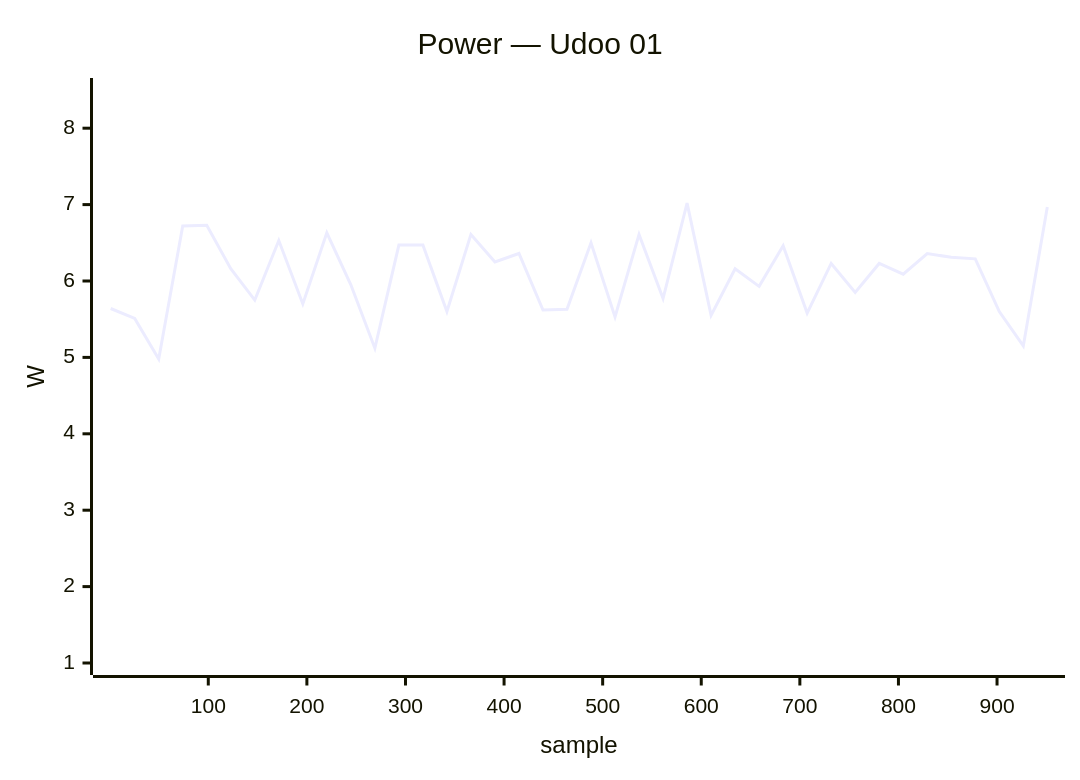
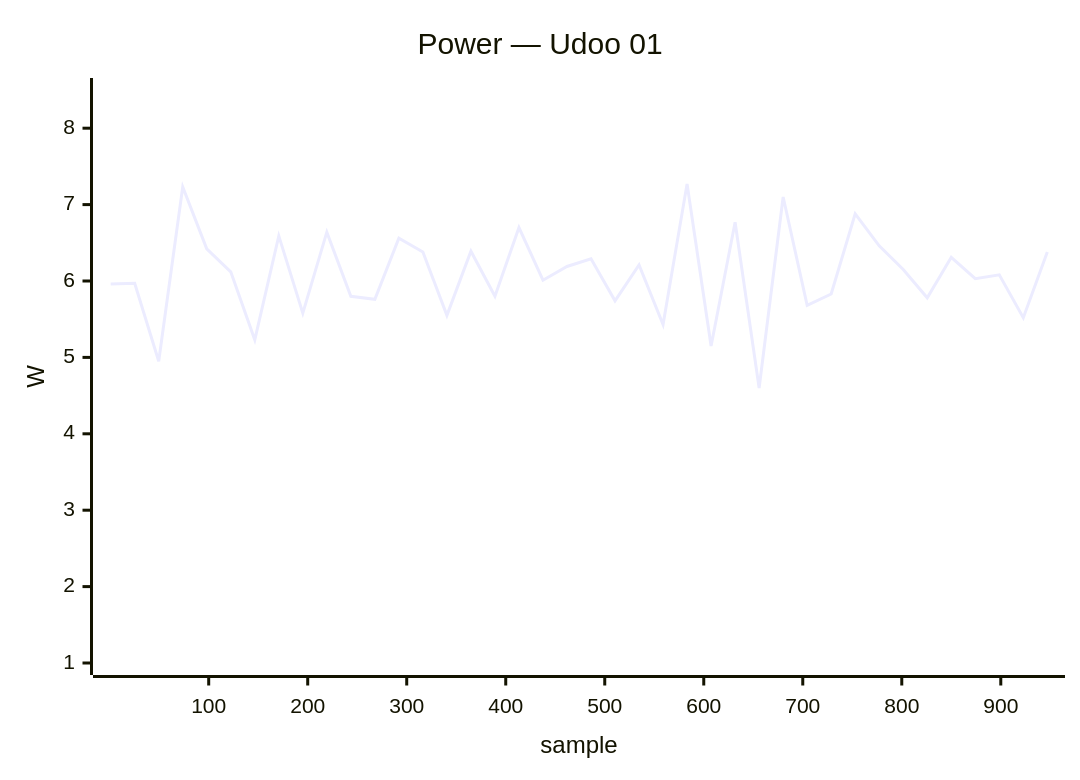
Before and after one commit to armbian/documentation: diagram 17 of 34 in docs/status/board-tests.md, drawn with Mermaid. The commit also changed other lines of this file, not shown here.

````diff
--- a/docs/status/board-tests.md
+++ b/docs/status/board-tests.md
@@ -806,7 +821,7 @@
 ```mermaid
 xychart-beta
     title "Power — Udoo 01"
-    x-axis "sample" 1 --> 951
+    x-axis "sample" 1 --> 947
     y-axis "W" 1.0 --> 8.5
-    line [5.64, 5.51, 4.98, 6.72, 6.73, 6.16, 5.75, 6.53, 5.70, 6.63, 5.95, 5.12, 6.47, 6.47, 5.60, 6.61, 6.25, 6.36, 5.62, 5.63, 6.50, 5.53, 6.61, 5.77, 7.02, 5.55, 6.16, 5.93, 6.46, 5.58, 6.23, 5.85, 6.23, 6.09, 6.36, 6.31, 6.29, 5.60, 5.15, 6.97]
+    line [5.96, 5.97, 4.95, 7.23, 6.42, 6.12, 5.23, 6.59, 5.58, 6.64, 5.80, 5.76, 6.56, 6.38, 5.55, 6.39, 5.80, 6.70, 6.01, 6.19, 6.29, 5.74, 6.21, 5.43, 7.27, 5.15, 6.77, 4.60, 7.10, 5.68, 5.83, 6.88, 6.46, 6.15, 5.78, 6.31, 6.03, 6.08, 5.52, 6.38]
 ```
````
